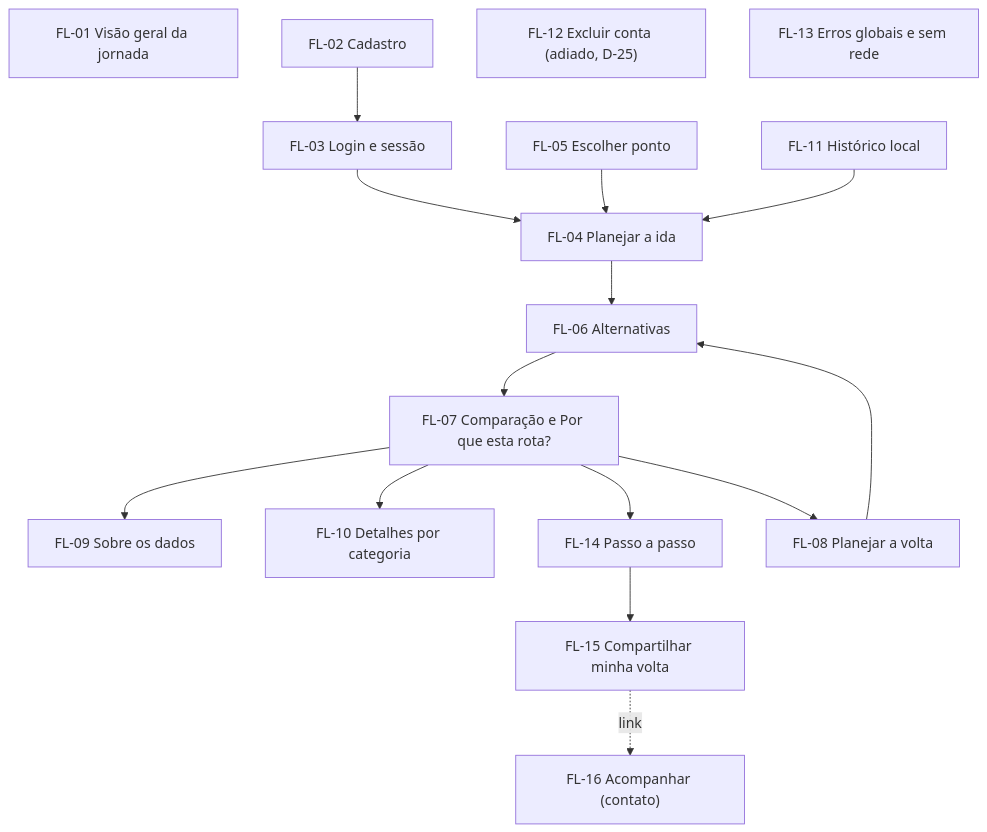
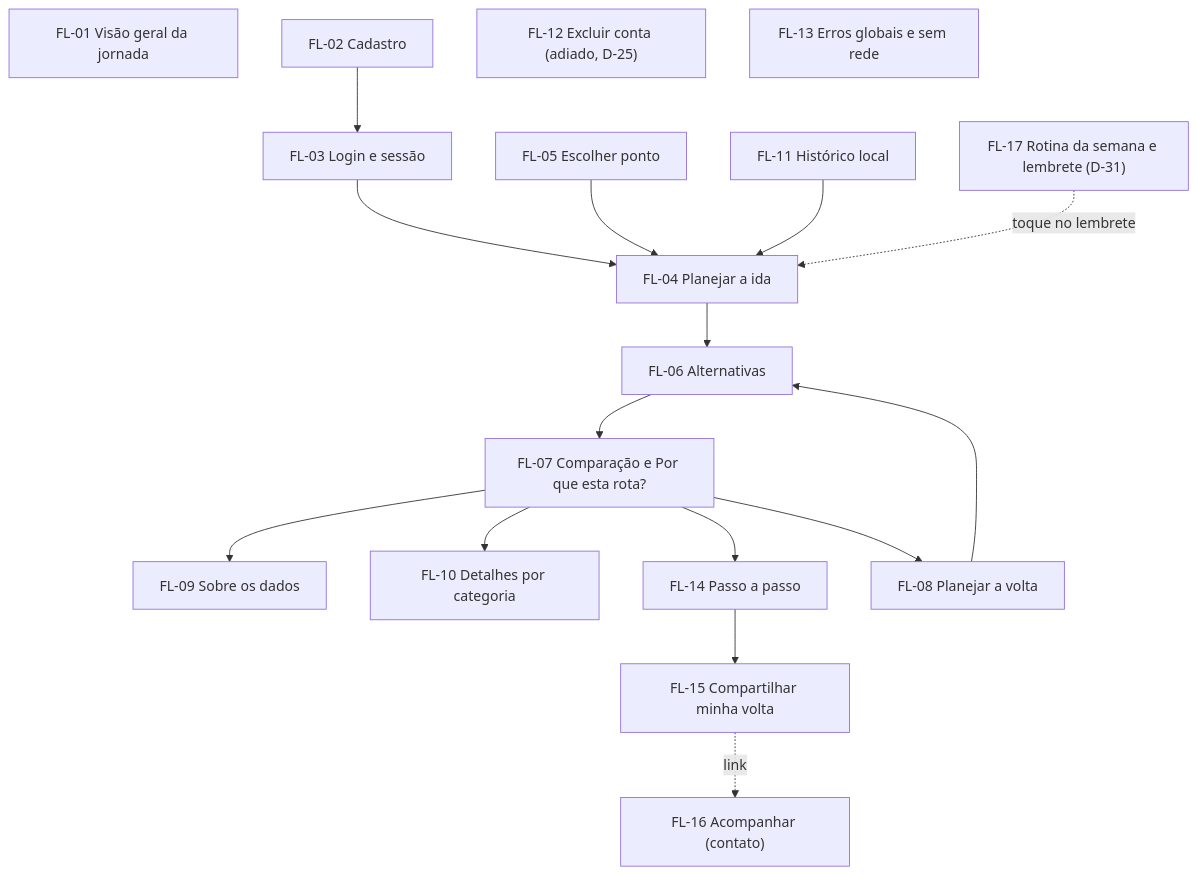
Before and after one commit to VoltaSegura/voltasegura: the diagram in docs/app-map/03_fluxogramas/00_indice.md, drawn with Mermaid. The commit also changed other lines of this file and 134 other files, not shown here.

First line of the commit message:
feat(mobile): redesign ondas 3 a 5, VoltaSegura+ (rotina com lembrete local) e compartilhar trajeto (protótipo com mock)

````diff
--- a/docs/app-map/03_fluxogramas/00_indice.md
+++ b/docs/app-map/03_fluxogramas/00_indice.md
@@ -27,19 +29,20 @@
 ```mermaid
 flowchart TD
     FL01["FL-01 Visão geral da jornada"]
     FL02["FL-02 Cadastro"] --> FL03["FL-03 Login e sessão"]
     FL03 --> FL04["FL-04 Planejar a ida"]
     FL05["FL-05 Escolher ponto"] --> FL04
     FL11["FL-11 Histórico local"] --> FL04
     FL04 --> FL06["FL-06 Alternativas"]
     FL06 --> FL07["FL-07 Comparação e Por que esta rota?"]
     FL07 --> FL09["FL-09 Sobre os dados"]
     FL07 --> FL10["FL-10 Detalhes por categoria"]
     FL07 --> FL14["FL-14 Passo a passo"]
     FL07 --> FL08["FL-08 Planejar a volta"]
     FL08 --> FL06
     FL14 --> FL15["FL-15 Compartilhar minha volta"]
     FL15 -. "link" .-> FL16["FL-16 Acompanhar (contato)"]
     FL12["FL-12 Excluir conta (adiado, D-25)"]
+    FL17["FL-17 Rotina da semana e lembrete (D-31)"] -. "toque no lembrete" .-> FL04
     FL13["FL-13 Erros globais e sem rede"]
 ```
````
